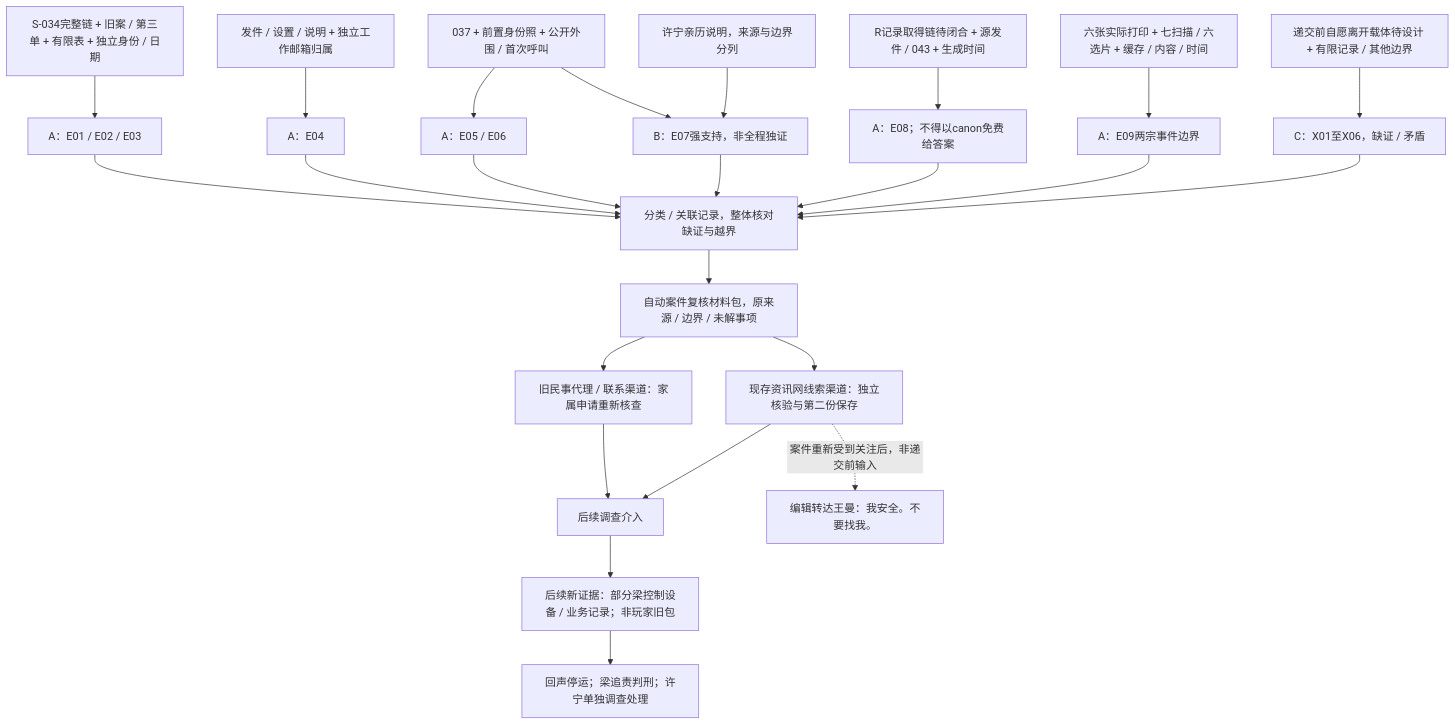
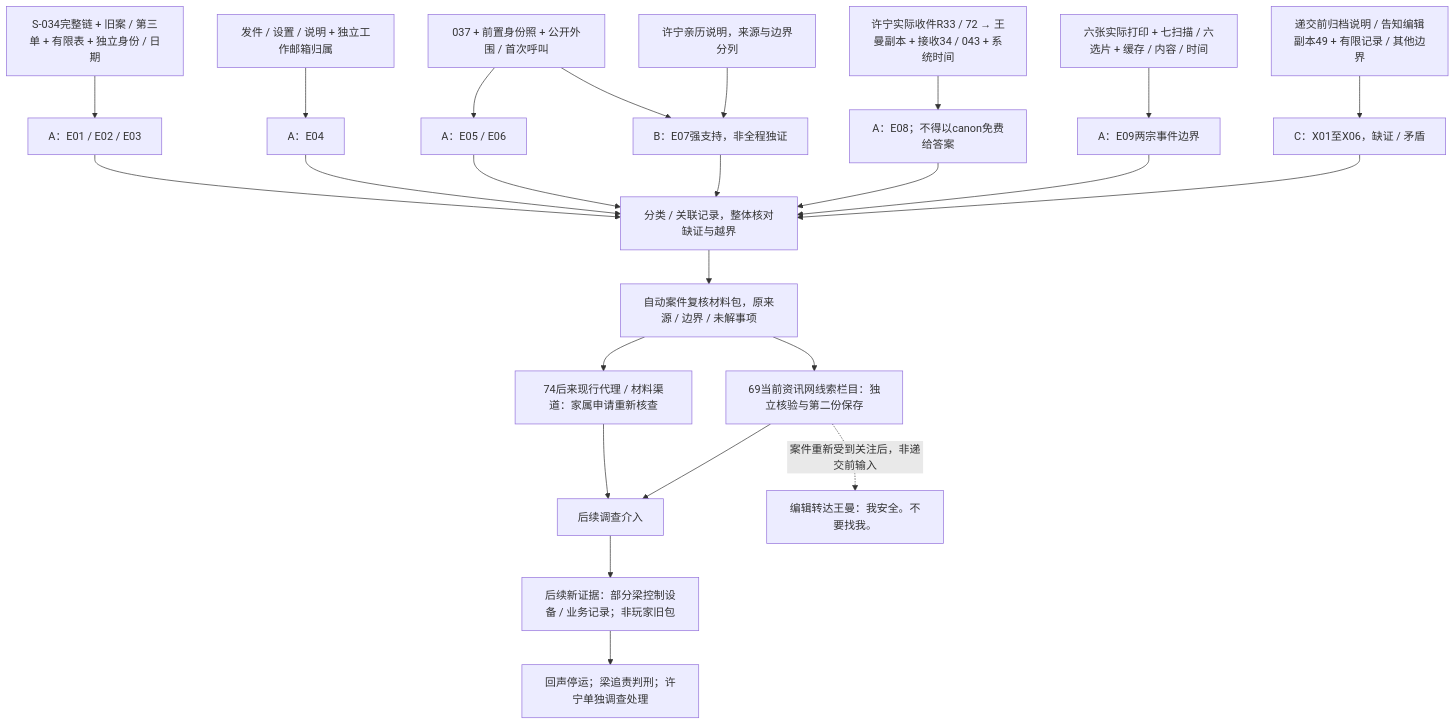
Before and after one commit to volcano-77/last-seen-online: the sixth of 6 diagrams in docs/cases/case-01-missing-person/information-dependency-map.md, drawn with Mermaid. The commit also changed other lines of this file and 5 other files, not shown here.

````diff
--- a/docs/cases/case-01-missing-person/information-dependency-map.md
+++ b/docs/cases/case-01-missing-person/information-dependency-map.md
@@ -440,26 +445,26 @@
 ```mermaid
 flowchart TD
   business["S-034完整链 + 旧案 / 第三单 + 有限表 + 独立身份 / 日期"] --> a["A：E01 / E02 / E03"]
   mail["发件 / 设置 / 说明 + 独立工作邮箱归属"] --> a2["A：E04"]
   objective["037 + 前置身份照 + 公开外围 / 首次呼叫"] --> a3["A：E05 / E06"]
   objective --> b["B：E07强支持，非全程独证"]
   testimony["许宁亲历说明，来源与边界分列"] --> b
-  risk["R记录取得链待闭合 + 源发件 / 043 + 生成时间"] --> a4["A：E08；不得以canon免费给答案"]
+  risk["许宁实际收件R33 / 72 → 王曼副本 + 接收34 / 043 + 系统时间"] --> a4["A：E08；不得以canon免费给答案"]
   sets["六张实际打印 + 七扫描 / 六选片 + 缓存 / 内容 / 时间"] --> a5["A：E09两宗事件边界"]
-  leave["递交前自愿离开载体待设计 + 有限记录 / 其他边界"] --> c["C：X01至X06，缺证 / 矛盾"]
+  leave["递交前归档说明 / 告知编辑副本49 + 有限记录 / 其他边界"] --> c["C：X01至X06，缺证 / 矛盾"]
   a --> board["分类 / 关联记录，整体核对缺证与越界"]
   a2 --> board
   a3 --> board
   b --> board
   a4 --> board
   a5 --> board
   c --> board
   board --> package["自动案件复核材料包，原来源 / 边界 / 未解事项"]
-  package --> family["旧民事代理 / 联系渠道：家属申请重新核查"]
-  package --> media["现存资讯网线索渠道：独立核验与第二份保存"]
+  package --> family["74后来现行代理 / 材料渠道：家属申请重新核查"]
+  package --> media["69当前资讯网线索栏目：独立核验与第二份保存"]
   family --> review["后续调查介入"]
   media --> review
   review --> newEvidence["后续新证据：部分梁控制设备 / 业务记录；非玩家旧包"]
   newEvidence --> ending["回声停运；梁追责判刑；许宁单独调查处理"]
   media -. "案件重新受到关注后，非递交前输入" .-> safe["编辑转达王曼：我安全。不要找我。"]
 ```
````
